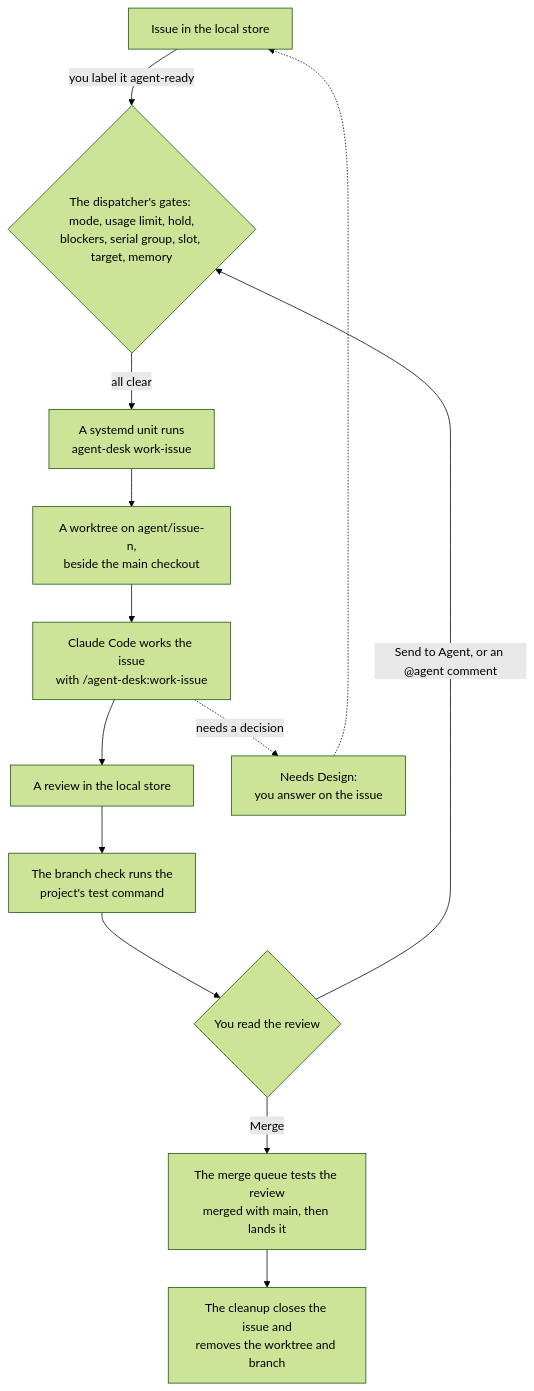
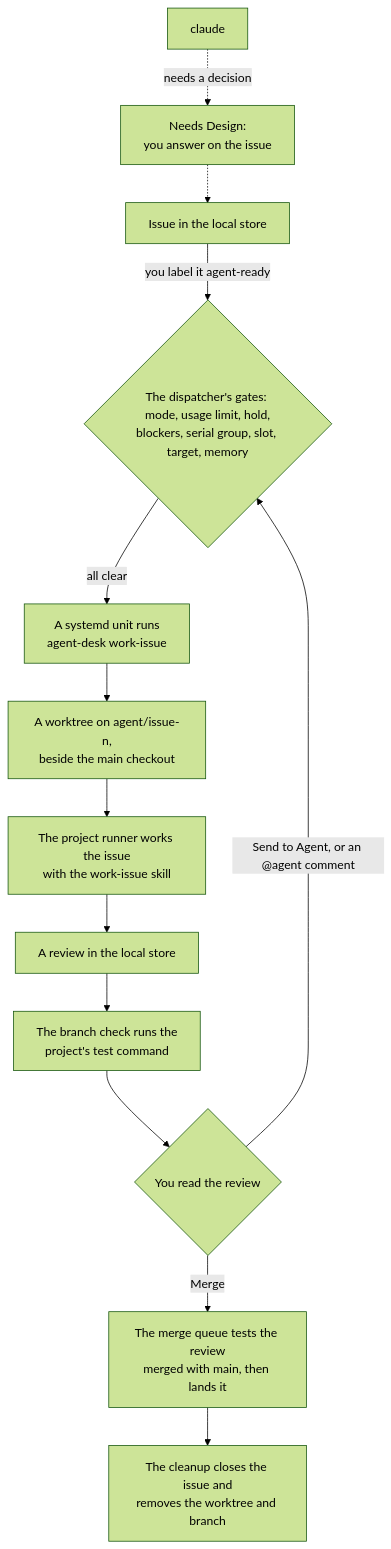
Before and after one commit to erjand/agent-desk: the diagram in README.md, drawn with Mermaid (forest theme). The commit also changed other lines of this file and 189 other files, not shown here.

````diff
--- a/README.md
+++ b/README.md
@@ -123,16 +123,16 @@
 ```mermaid
 flowchart TD
     issue["Issue in the local store"] -->|"you label it agent-ready"| gates
     gates{"The dispatcher's gates: mode, usage limit, hold,<br/>blockers, serial group, slot, target, memory"}
     gates -->|"all clear"| unit["A systemd unit runs<br/>agent-desk work-issue"]
     unit --> worktree["A worktree on agent/issue-n,<br/>beside the main checkout"]
-    worktree --> claude["Claude Code works the issue<br/>with /agent-desk:work-issue"]
-    claude --> review["A review in the local store"]
+    worktree --> runner["The project runner works the issue<br/>with the work-issue skill"]
+    runner --> review["A review in the local store"]
     claude -.->|"needs a decision"| design["Needs Design:<br/>you answer on the issue"]
     design -.-> issue
     review --> check["The branch check runs the<br/>project's test command"]
     check --> you{"You read the review"}
     you -->|"Send to Agent, or an @agent comment"| gates
     you -->|"Merge"| queue["The merge queue tests the review<br/>merged with main, then lands it"]
     queue --> cleanup["The cleanup closes the issue and<br/>removes the worktree and branch"]
 ```
````
